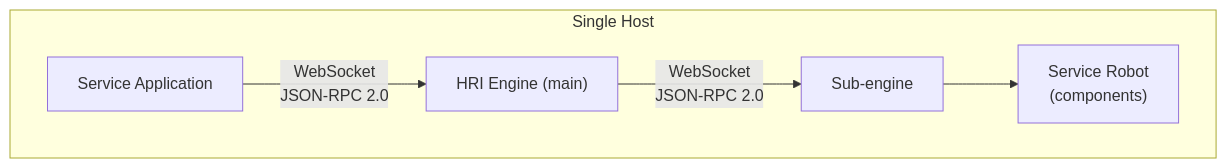
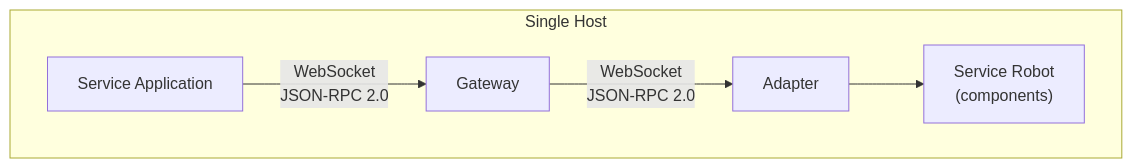
The tenth of 18 diagrams in docs/white-paper.md (openrois/openrois), drawn with Mermaid before and after one commit. The commit also changed other lines of this file and 7 other files, not shown here.

First line of the commit message:
docs: rewrite architecture, roadmap, and white paper to recursive engine model

````diff
--- a/docs/white-paper.md
+++ b/docs/white-paper.md
@@ -1285,12 +1427,12 @@
 ```mermaid
 flowchart TB
     subgraph Host["Single Host"]
         App["Service Application"]
-        GW["HRI Engine (main)"]
-        SubEngine["Sub-engine"]
+        GW["Gateway"]
+        Adapter["Adapter"]
         Robot["Service Robot<br/>(components)"]
         App -->|"WebSocket<br/>JSON-RPC 2.0"| GW
-        GW -->|"WebSocket<br/>JSON-RPC 2.0"| SubEngine
-        SubEngine --> Robot
+        GW -->|"WebSocket<br/>JSON-RPC 2.0"| Adapter
+        Adapter --> Robot
     end
 ```
````
